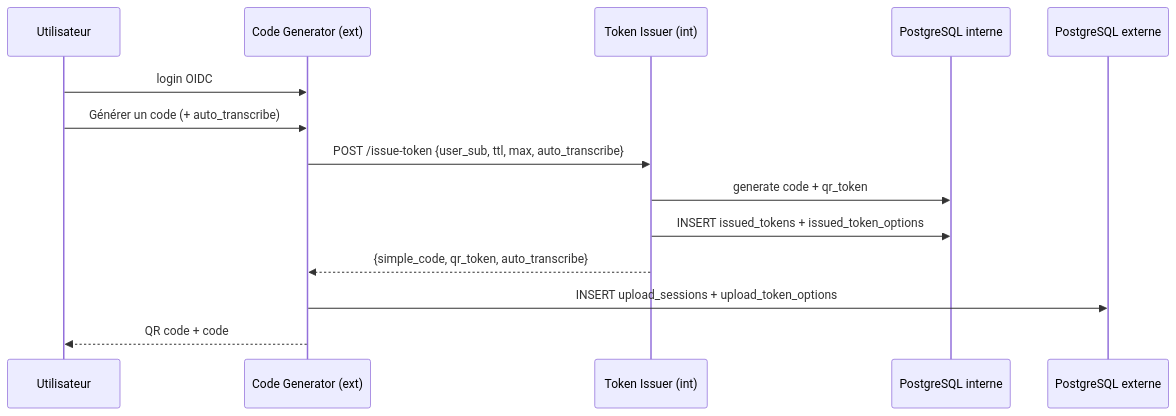
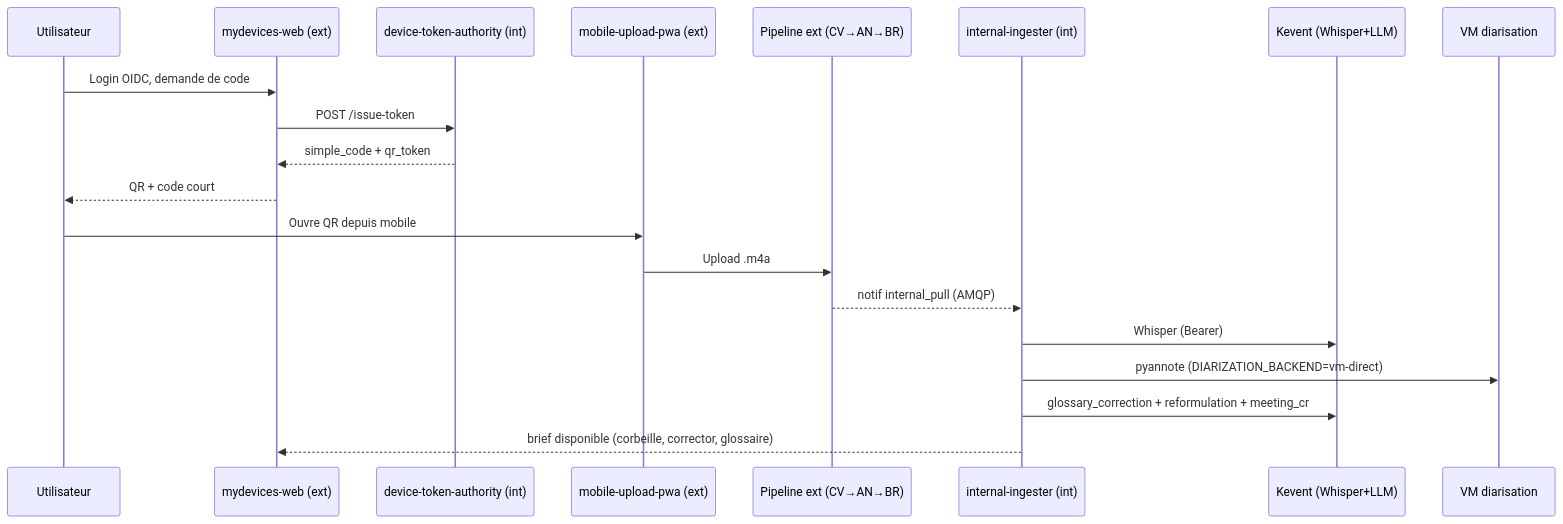
Before and after one commit to IA-Generative/mirai-mesreunions: the second of 4 diagrams in README.md, drawn with Mermaid. The commit also changed other lines of this file and 4 other files, not shown here.

````diff
--- a/README.md
+++ b/README.md
@@ -65,17 +80,22 @@
 ```mermaid
 sequenceDiagram
   participant U as Utilisateur
-  participant CG as Code Generator (ext)
-  participant TI as Token Issuer (int)
-  participant PGI as PostgreSQL interne
-  participant PGE as PostgreSQL externe
-
-  U->>CG: login OIDC
-  U->>CG: Générer un code (+ auto_transcribe)
-  CG->>TI: POST /issue-token {user_sub, ttl, max, auto_transcribe}
-  TI->>PGI: generate code + qr_token
-  TI->>PGI: INSERT issued_tokens + issued_token_options
-  TI-->>CG: {simple_code, qr_token, auto_transcribe}
-  CG->>PGE: INSERT upload_sessions + upload_token_options
-  CG-->>U: QR code + code
+  participant MW as mydevices-web (ext)
+  participant DTA as device-token-authority (int)
+  participant PWA as mobile-upload-pwa (ext)
+  participant PIPE as Pipeline ext (CV→AN→BR)
+  participant ING as internal-ingester (int)
+  participant KEV as Kevent (Whisper+LLM)
+  participant VM as VM diarisation
+  U->>MW: Login OIDC, demande de code
+  MW->>DTA: POST /issue-token
+  DTA-->>MW: simple_code + qr_token
+  MW-->>U: QR + code court
+  U->>PWA: Ouvre QR depuis mobile
+  PWA->>PIPE: Upload .m4a
+  PIPE-->>ING: notif internal_pull (AMQP)
+  ING->>KEV: Whisper (Bearer)
+  ING->>VM: pyannote (DIARIZATION_BACKEND=vm-direct)
+  ING->>KEV: glossary_correction + reformulation + meeting_cr
+  ING-->>MW: brief disponible (corbeille, corrector, glossaire)
 ```
````
